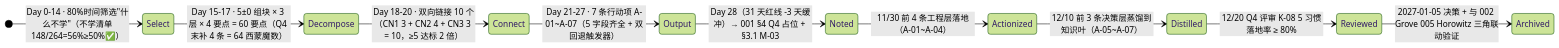
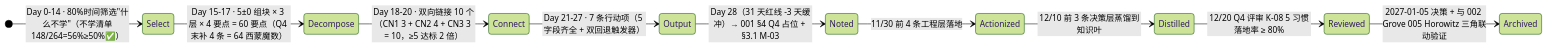
One commit to effiy/YrY changed the diagram in YiKnowledge/executive/reading-list/010-阅读-读书笔记-卓有成效的管理者.md. Above: the diagram before and after it, drawn with Mermaid (forest theme). The commit also changed other lines of this file and 29 other files, not shown here.

````diff
--- a/YiKnowledge/executive/reading-list/010-阅读-读书笔记-卓有成效的管理者.md
+++ b/YiKnowledge/executive/reading-list/010-阅读-读书笔记-卓有成效的管理者.md
@@ -85,13 +127,13 @@
 ```mermaid
 stateDiagram-v2
     direction LR
     [*] --> Select: Day 0-14 · 80%时间筛选"什么不学"（不学清单148/264=56%≥50%✅）
     Select --> Decompose: Day 15-17 · 5±0 组块 × 3 层 × 4 要点 = 60 要点（Q4 末补 4 条 = 64 西蒙魔数）
     Decompose --> Connect: Day 18-20 · 双向链接 10 个（CN1 3 + CN2 4 + CN3 3 = 10，≥5 达标 2 倍）
-    Connect --> Output: Day 21-27 · 7 条行动项 A-01~A-07（5 字段齐全 + 双回退触发器）
+    Connect --> Output: Day 21-27 · 7 条行动项（5 字段齐全 + 双回退触发器）
     Output --> Noted: Day 28（31 天红线 -3 天缓冲）→ 001 §4 Q4 占位 + §3.1 M-03
-    Noted --> Actionized: 11/30 前 4 条工程层落地（A-01~A-04）
-    Actionized --> Distilled: 12/10 前 3 条决策层蒸馏到知识叶（A-05~A-07）
+    Noted --> Actionized: 11/30 前 4 条工程层落地
+    Actionized --> Distilled: 12/10 前 3 条决策层蒸馏到知识叶
     Distilled --> Reviewed: 12/20 Q4 评审 K-08 5 习惯落地率 ≥ 80%
     Reviewed --> Archived: 2027-01-05 决策 + 与 002 Grove 005 Horowitz 三角联动验证
 ```
````
